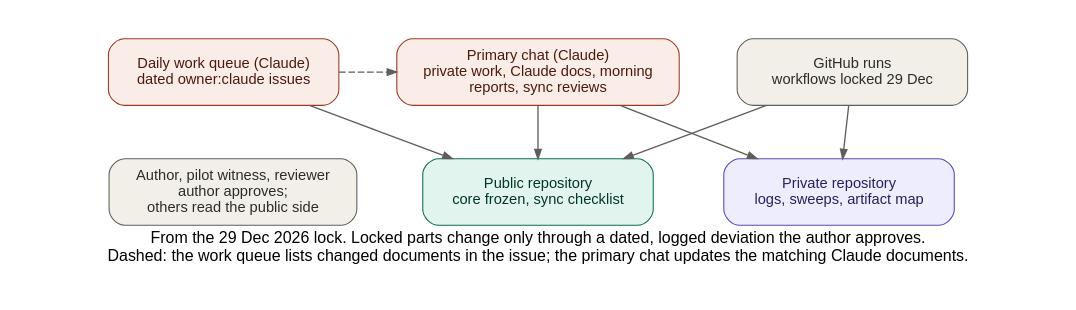
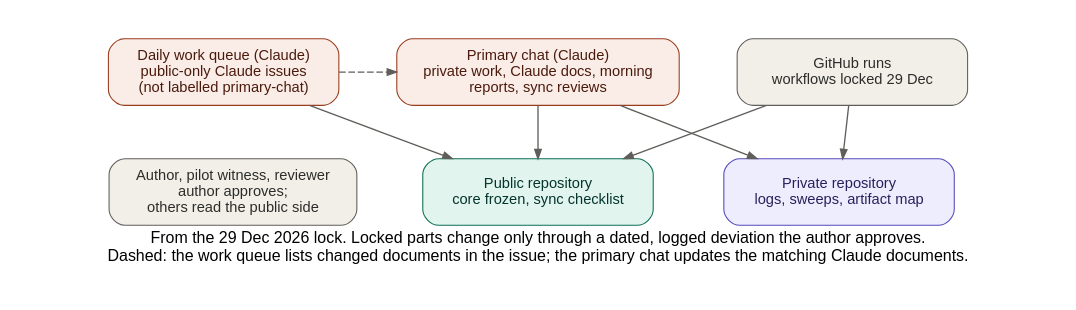
One commit to pagagne/internet-security-snapshot changed the diagram in docs/diagrams/sync_flow_locked.dot. Above: the diagram before and after it, drawn with Graphviz. The commit also changed 5 other files, not shown here.

First line of the commit message:
Primary-chat label: Claude items belong to the primary chat unless queue: true; the work queue takes only public-only issues (author, 16 Nov)

```diff
--- a/docs/diagrams/sync_flow_locked.dot
+++ b/docs/diagrams/sync_flow_locked.dot
@@ -1,26 +1,26 @@
 // Sync flow after the 29 Dec 2026 lock (core freeze and workflow lock) and from the pilot
 // (1 Jan 2027); procedures adopted 8 Feb 2027 (author's request, 5 Nov 2026).
 // Source of truth: docs/SYNC_REVIEW.md, docs/OPERATIONS.md, docs/SOP_MANUAL_RUNS.md, docs/CHANGE_POLICY.md.
 // Render: dot -Tpng -Gdpi=150 docs/diagrams/sync_flow_locked.dot -o docs/diagrams/sync_flow_locked.png
 digraph sync_locked {
   graph [rankdir=TB, fontname="Helvetica", fontsize=12, nodesep=0.6, ranksep=0.55, pad=0.3,
          label="From the 29 Dec 2026 lock. Locked parts change only through a dated, logged deviation the author approves.\nDashed: the work queue lists changed documents in the issue; the primary chat updates the matching Claude documents.",
          labelloc=b];
   node  [fontname="Helvetica", fontsize=11, shape=box, style="rounded,filled", width=2.4, height=0.7, penwidth=0.8];
   edge  [color="#5F5E5A", arrowsize=0.7];
 
   gh     [label="GitHub runs\nworkflows locked 29 Dec", fillcolor="#F1EFE8", color="#5F5E5A", fontcolor="#2C2C2A"];
   pub    [label="Public repository\ncore frozen, sync checklist", fillcolor="#E1F5EE", color="#0F6E56", fontcolor="#04342C"];
   priv   [label="Private repository\nlogs, sweeps, artifact map", fillcolor="#EEEDFE", color="#534AB7", fontcolor="#26215C"];
-  queue  [label="Daily work queue (Claude)\ndated owner:claude issues", fillcolor="#FAECE7", color="#993C1D", fontcolor="#4A1B0C"];
+  queue  [label="Daily work queue (Claude)\npublic-only Claude issues\n(not labelled primary-chat)", fillcolor="#FAECE7", color="#993C1D", fontcolor="#4A1B0C"];
   chat   [label="Primary chat (Claude)\nprivate work, Claude docs, morning\nreports, sync reviews", fillcolor="#FAECE7", color="#993C1D", fontcolor="#4A1B0C"];
   people [label="Author, pilot witness, reviewer\nauthor approves;\nothers read the public side", fillcolor="#F1EFE8", color="#5F5E5A", fontcolor="#2C2C2A"];
 
   gh -> pub; gh -> priv;
   {rank=same; pub; priv;}
   queue -> pub;
   chat -> priv; chat -> pub;
   queue -> chat [style=dashed];
   {rank=same; queue; chat;}
   queue -> people [style=invis]; chat -> people [style=invis];
 }
```
